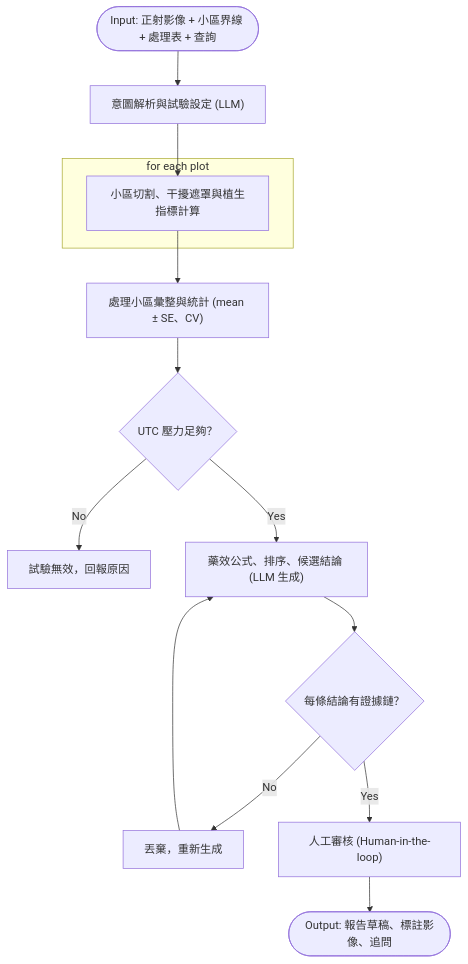
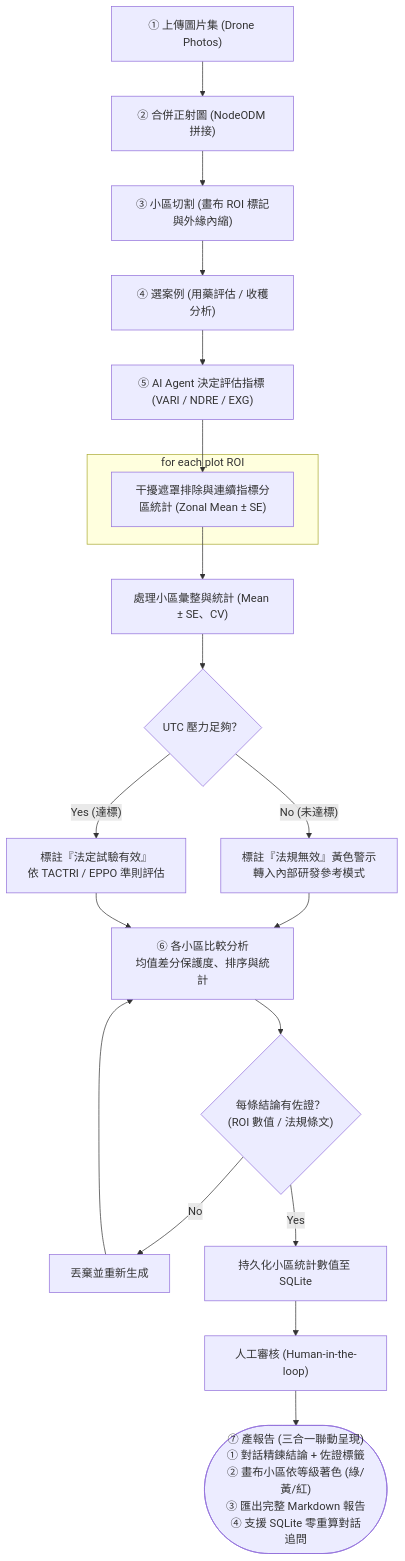
One commit to ChengLiangHsu/AI-InfoSec-Fianl-Project changed the third of 3 diagrams in docs/proposal/05_proposed_scheme.md. Above: the diagram before and after it, drawn with Mermaid. The commit also changed other lines of this file and 17 other files, not shown here.

````diff
--- a/docs/proposal/05_proposed_scheme.md
+++ b/docs/proposal/05_proposed_scheme.md
@@ -83,23 +79,30 @@
 ```mermaid
 flowchart TD
-    Start(["Input: 正射影像 + 小區界線 + 處理表 + 查詢"]) --> Parse["意圖解析與試驗設定 (LLM)"]
+    S1["① 上傳圖片集 (Drone Photos)"] --> S2["② 合併正射圖 (NodeODM 拼接)"]
+    S2 --> S3["③ 小區切割 (畫布 ROI 標記與外緣內縮)"]
+    S3 --> S4["④ 選案例 (用藥評估 / 收穫分析)"]
+    S4 --> S5["⑤ AI Agent 決定評估指標 (VARI / NDRE / EXG)"]
     
-    subgraph PlotLoop ["for each plot"]
-        ProcPlot["小區切割、干擾遮罩與植生指標計算"]
+    subgraph PlotLoop ["for each plot ROI"]
+        ProcPlot["干擾遮罩排除與連續指標分區統計 (Zonal Mean ± SE)"]
     end
     
-    Parse --> ProcPlot
-    ProcPlot --> Stat["處理小區彙整與統計 (mean ± SE、CV)"]
+    S5 --> ProcPlot
+    ProcPlot --> Stat["處理小區彙整與統計 (Mean ± SE、CV)"]
     
     Stat --> CondUTC{"UTC 壓力足夠？"}
-    CondUTC -- No --> Invalid["試驗無效，回報原因"]
+    CondUTC -- No (未達標) --> WarnUTC["標註『法規無效』黃色警示<br>轉入內部研發參考模式"]
+    CondUTC -- Yes (達標) --> ValidUTC["標註『法定試驗有效』<br>依 TACTRI / EPPO 準則評估"]
     
-    CondUTC -- Yes --> GenCand["藥效公式、排序、候選結論 (LLM 生成)"]
-    GenCand --> CondEvidence{"每條結論有證據鏈？"}
+    WarnUTC --> S6["⑥ 各小區比較分析<br>均值差分保護度、排序與統計"]
+    ValidUTC --> S6
     
-    CondEvidence -- No --> Drop["丟棄，重新生成"]
-    Drop --> GenCand
+    S6 --> CondEvidence{"每條結論有佐證？<br>(ROI 數值 / 法規條文)"}
     
-    CondEvidence -- Yes --> Human["人工審核 (Human-in-the-loop)"]
-    Human --> FinalOut(["Output: 報告草稿、標註影像、追問"])
+    CondEvidence -- No --> Drop["丟棄並重新生成"]
+    Drop --> S6
+    
+    CondEvidence -- Yes --> SaveDB["持久化小區統計數值至 SQLite"]
+    SaveDB --> Human["人工審核 (Human-in-the-loop)"]
+    Human --> S7(["⑦ 產報告 (三合一聯動呈現)<br>① 對話精鍊結論 + 佐證標籤<br>② 畫布小區依等級著色 (綠/黃/紅)<br>③ 匯出完整 Markdown 報告<br>④ 支援 SQLite 零重算對話追問"])
 ```
````
